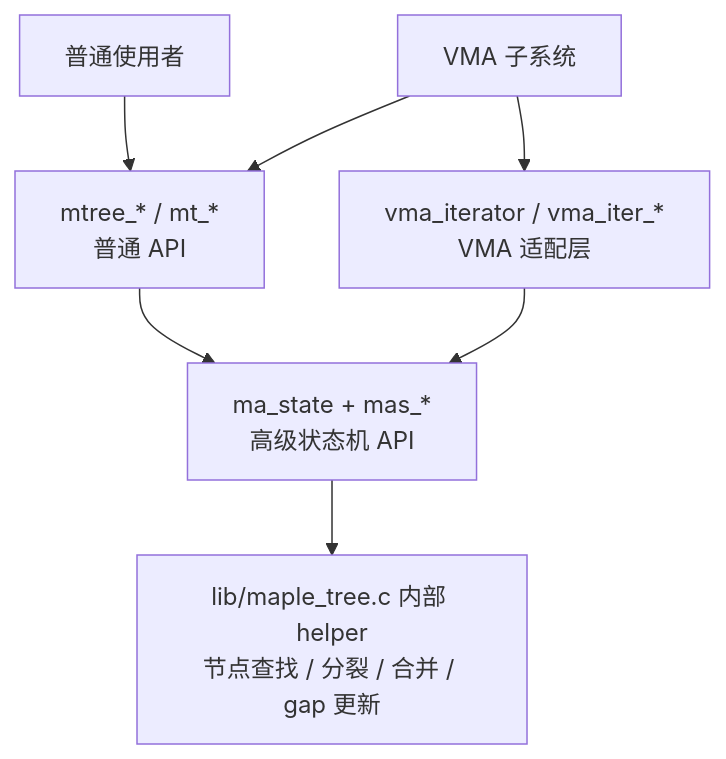
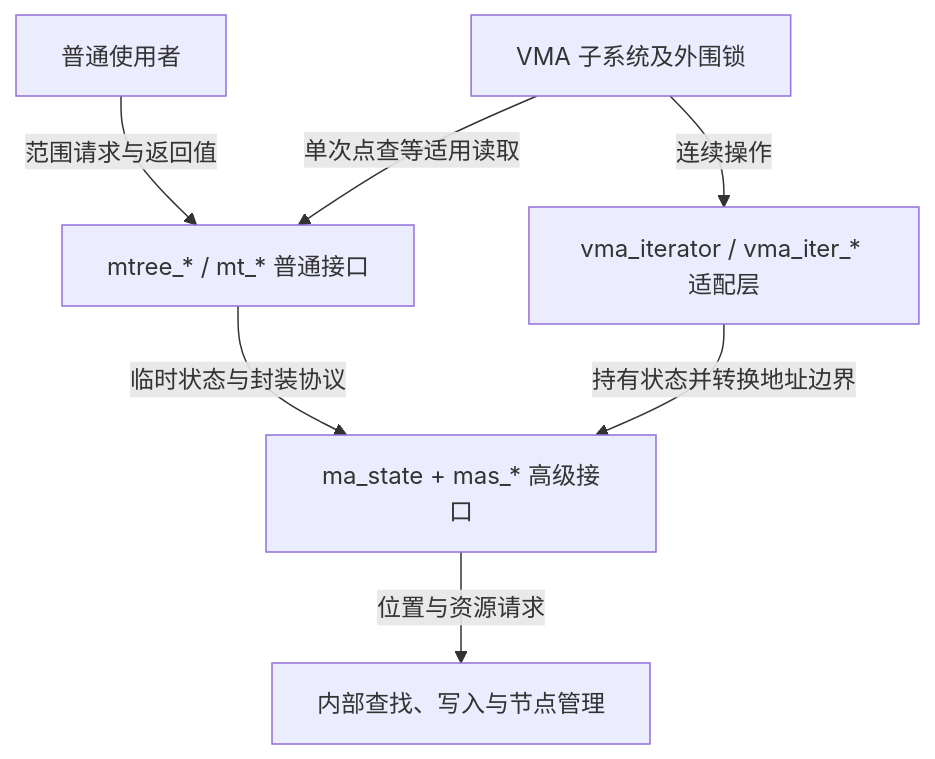
The sixth of 12 diagrams in knowledge/linux/data_structures/红黑树_rb-tree/P15_Linux_6.12_Maple_Tree_源码结构与_API_分层.md (FormingSystem/linux_note), drawn with Mermaid before and after one commit. The commit also changed other lines of this file and 18 other files, not shown here.

````diff
--- a/knowledge/linux/data_structures/红黑树_rb-tree/P15_Linux_6.12_Maple_Tree_源码结构与_API_分层.md
+++ b/knowledge/linux/data_structures/红黑树_rb-tree/P15_Linux_6.12_Maple_Tree_源码结构与_API_分层.md
@@ -504,14 +502,9 @@
 ```mermaid
 flowchart TD
-    USER["普通使用者"]
-    VMA["VMA 子系统"]
-
-    MTREE["mtree_* / mt_*<br/>普通 API"]
-    VMI["vma_iterator / vma_iter_*<br/>VMA 适配层"]
-    MAS["ma_state + mas_*<br/>高级状态机 API"]
-    CORE["lib/maple_tree.c 内部 helper<br/>节点查找 / 分裂 / 合并 / gap 更新"]
-
-    USER --> MTREE --> MAS --> CORE
-    VMA --> VMI --> MAS
-    VMA --> MTREE
+    USER["普通使用者"] -->|范围请求与返回值| MTREE["mtree_* / mt_* 普通接口"]
+    MTREE -->|临时状态与封装协议| MAS["ma_state + mas_* 高级接口"]
+    VMA["VMA 子系统及外围锁"] -->|连续操作| VMI["vma_iterator / vma_iter_* 适配层"]
+    VMI -->|持有状态并转换地址边界| MAS
+    VMA -->|单次点查等适用读取| MTREE
+    MAS -->|位置与资源请求| CORE["内部查找、写入与节点管理"]
 ```
````
